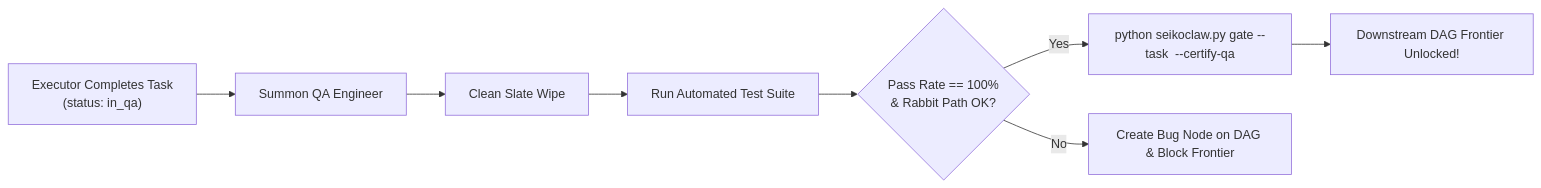
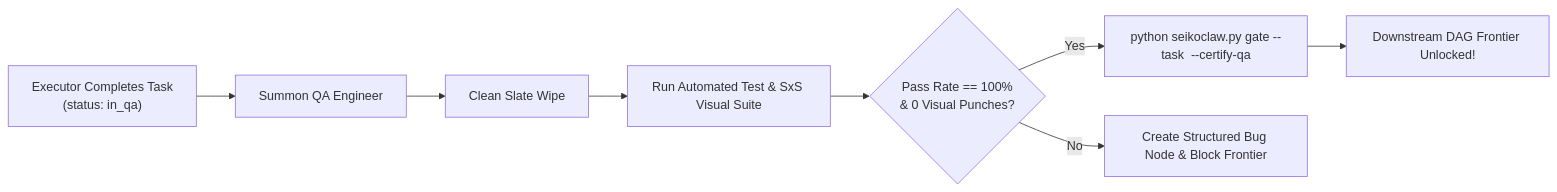
Before and after one commit to Saikojin/seikoclaw-harness: the diagram in .agents/skills/seikojin-qa/SKILL.md, drawn with Mermaid. The commit also changed other lines of this file and 23 other files, not shown here.

````diff
--- a/.agents/skills/seikojin-qa/SKILL.md
+++ b/.agents/skills/seikojin-qa/SKILL.md
@@ -59,10 +91,10 @@
 ```mermaid
 flowchart LR
     ExecDone["Executor Completes Task<br/>(status: in_qa)"] --> QA_Trigger["Summon QA Engineer"]
     QA_Trigger --> CleanSlate["Clean Slate Wipe"]
-    CleanSlate --> RunSuite["Run Automated Test Suite"]
-    RunSuite --> PassCheck{"Pass Rate == 100%<br/>& Rabbit Path OK?"}
+    CleanSlate --> RunSuite["Run Automated Test & SxS Visual Suite"]
+    RunSuite --> PassCheck{"Pass Rate == 100%<br/>& 0 Visual Punches?"}
     PassCheck -- Yes --> Certify["python seikoclaw.py gate --task <id> --certify-qa"]
-    PassCheck -- No --> Reject["Create Bug Node on DAG & Block Frontier"]
+    PassCheck -- No --> Reject["Create Structured Bug Node & Block Frontier"]
     Certify --> FrontierUnlocked["Downstream DAG Frontier Unlocked!"]
 ```
````
